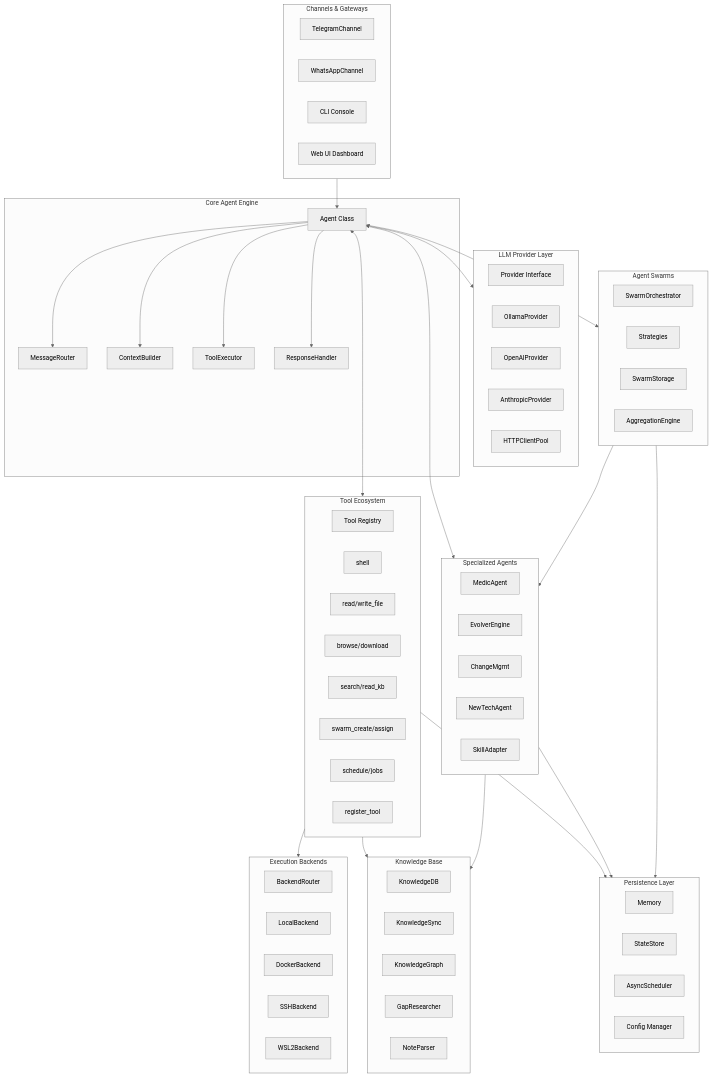
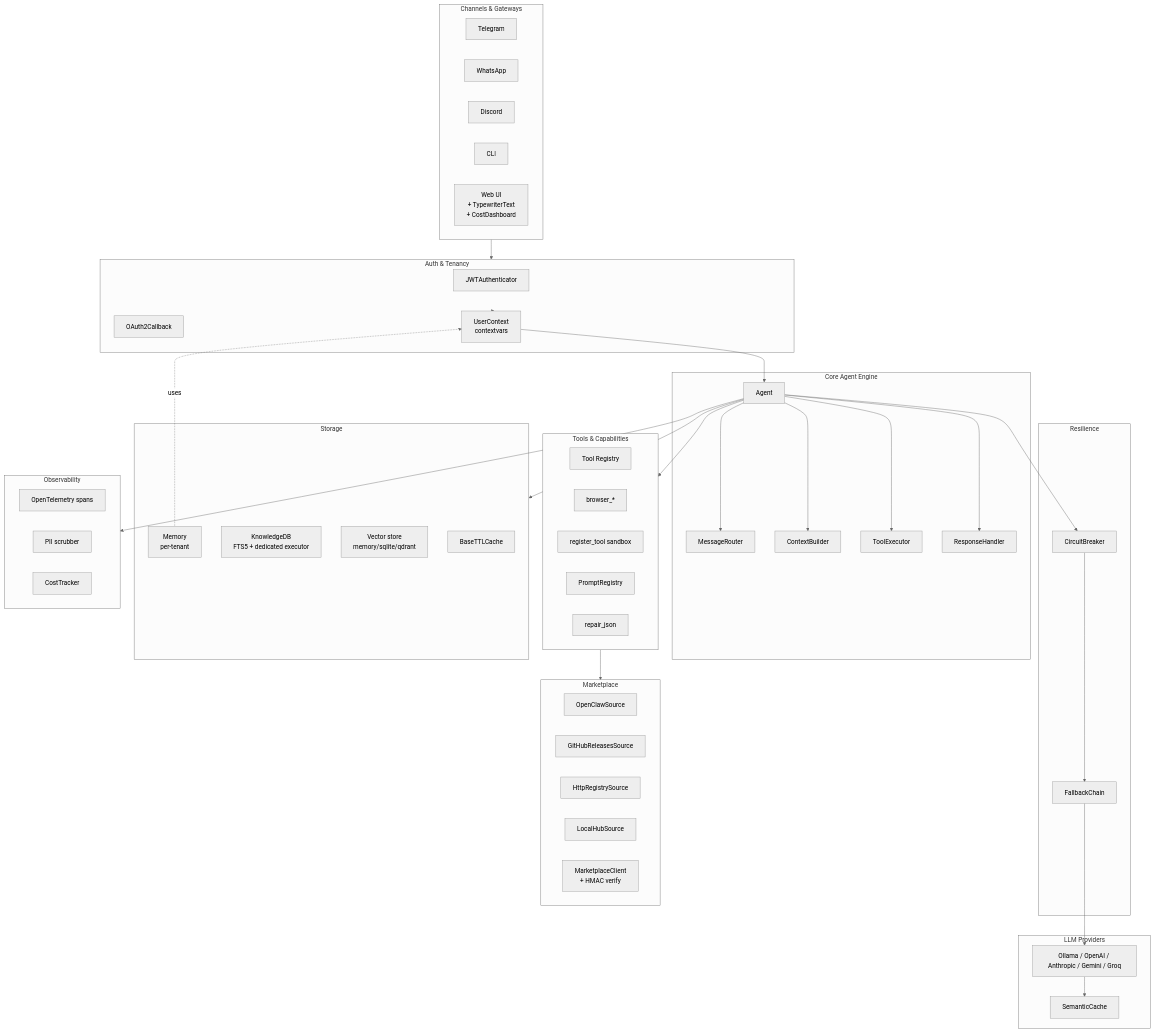
One commit to adrianx26/zensynora changed the diagram in README.md. Above: the diagram before and after it, drawn with Mermaid (neutral theme). The commit also changed other lines of this file and 100 other files, not shown here.

First line of the commit message:
feat: 12-sprint overhaul — security fixes, observability, marketplace, decomposition

````diff
--- a/README.md
+++ b/README.md
@@ -55,83 +133,75 @@
 ```mermaid
 flowchart TB
     subgraph Gateways [Channels & Gateways]
-        TG[TelegramChannel]
-        WA[WhatsAppChannel]
-        CLI[CLI Console]
-        WebUI[Web UI Dashboard]
+        TG[Telegram]
+        WA[WhatsApp]
+        DC[Discord]
+        CLI[CLI]
+        WebUI[Web UI<br/>+ TypewriterText<br/>+ CostDashboard]
     end
+
+    subgraph Auth [Auth & Tenancy]
+        JWT[JWTAuthenticator]
+        OA[OAuth2Callback]
+        UC[UserContext<br/>contextvars]
+    end
+
     subgraph Core [Core Agent Engine]
-        Agent[Agent Class]
+        Agent[Agent]
         Router[MessageRouter]
         Context[ContextBuilder]
         Executor[ToolExecutor]
         Response[ResponseHandler]
-        Agent --> Router
-        Agent --> Context
-        Agent --> Executor
-        Agent --> Response
+        Agent --> Router & Context & Executor & Response
     end
-    subgraph LLM [LLM Provider Layer]
-        P_Base[Provider Interface]
-        P_Ollama[OllamaProvider]
-        P_OpenAI[OpenAIProvider]
-        P_Claude[AnthropicProvider]
-        Pool[HTTPClientPool]
+
+    subgraph Resilience [Resilience]
+        CB[CircuitBreaker]
+        FC[FallbackChain]
     end
-    subgraph Tools [Tool Ecosystem]
-        T_Reg[Tool Registry]
-        T_Shell[shell]
-        T_Files[read/write_file]
-        T_Web[browse/download]
-        T_KB[search/read_kb]
-        T_Swarm[swarm_create/assign]
-        T_Sched[schedule/jobs]
-        T_Toolbox[register_tool]
+
+    subgraph LLM [LLM Providers]
+        Prov[Ollama / OpenAI / Anthropic / Gemini / Groq]
+        SC[SemanticCache]
     end
-    subgraph Knowledge [Knowledge Base]
-        K_DB[KnowledgeDB]
-        K_Sync[KnowledgeSync]
-        K_Graph[KnowledgeGraph]
-        K_Res[GapResearcher]
-        K_Pars[NoteParser]
+
+    subgraph Storage [Storage]
+        Mem[Memory<br/>per-tenant]
+        KB[KnowledgeDB<br/>FTS5 + dedicated executor]
+        Vec[Vector store<br/>memory/sqlite/qdrant]
+        Cache[BaseTTLCache]
     end
-    subgraph Swarm [Agent Swarms]
-        S_Orch[SwarmOrchestrator]
-        S_Strat[Strategies]
-        S_Stor[SwarmStorage]
-        S_Agg[AggregationEngine]
+
+    subgraph Tools [Tools & Capabilities]
+        Reg[Tool Registry]
+        Browser[browser_*]
+        Toolbox[register_tool sandbox]
+        Prompts[PromptRegistry]
+        Repair[repair_json]
     end
-    subgraph Specialized [Specialized Agents]
-        A_Medic[MedicAgent]
-        A_Evol[EvolverEngine]
-        A_Change[ChangeMgmt]
-        A_Tech[NewTechAgent]
-        A_Adap[SkillAdapter]
+
+    subgraph Mkt [Marketplace]
+        OC[OpenClawSource]
+        GH[GitHubReleasesSource]
+        HTTP[HttpRegistrySource]
+        LH[LocalHubSource]
+        MC[MarketplaceClient<br/>+ HMAC verify]
     end
-    subgraph Persistence [Persistence Layer]
-        Memory[Memory]
-        State[StateStore]
-        AsyncSched[AsyncScheduler]
-        Config[Config Manager]
+
+    subgraph Obs [Observability]
+        Tr[OpenTelemetry spans]
+        PII[PII scrubber]
+        Cost[CostTracker]
     end
-    subgraph Backends [Execution Backends]
-        B_Router[BackendRouter]
-        B_Local[LocalBackend]
-        B_Docker[DockerBackend]
-        B_SSH[SSHBackend]
-        B_WSL2[WSL2Backend]
-    end
-    %% Connections
-    Gateways --> Agent
-    Agent <--> LLM
-    Agent <--> Tools
-    Agent <--> Specialized
-    Agent <--> Swarm
-    Tools --> Backends
-    Tools --> Knowledge
-    Tools --> Persistence
-    Specialized --> Persistence
-    Specialized --> Knowledge
-    Swarm --> Specialized
-    Swarm --> Persistence
+
+    Gateways --> Auth
+    Auth --> UC
+    UC --> Agent
+    Agent --> CB --> FC --> Prov
+    Prov --> SC
+    Agent --> Storage
+    Agent --> Tools
+    Tools --> Mkt
+    Agent --> Obs
+    Mem -.uses.-> UC
 ```
````
